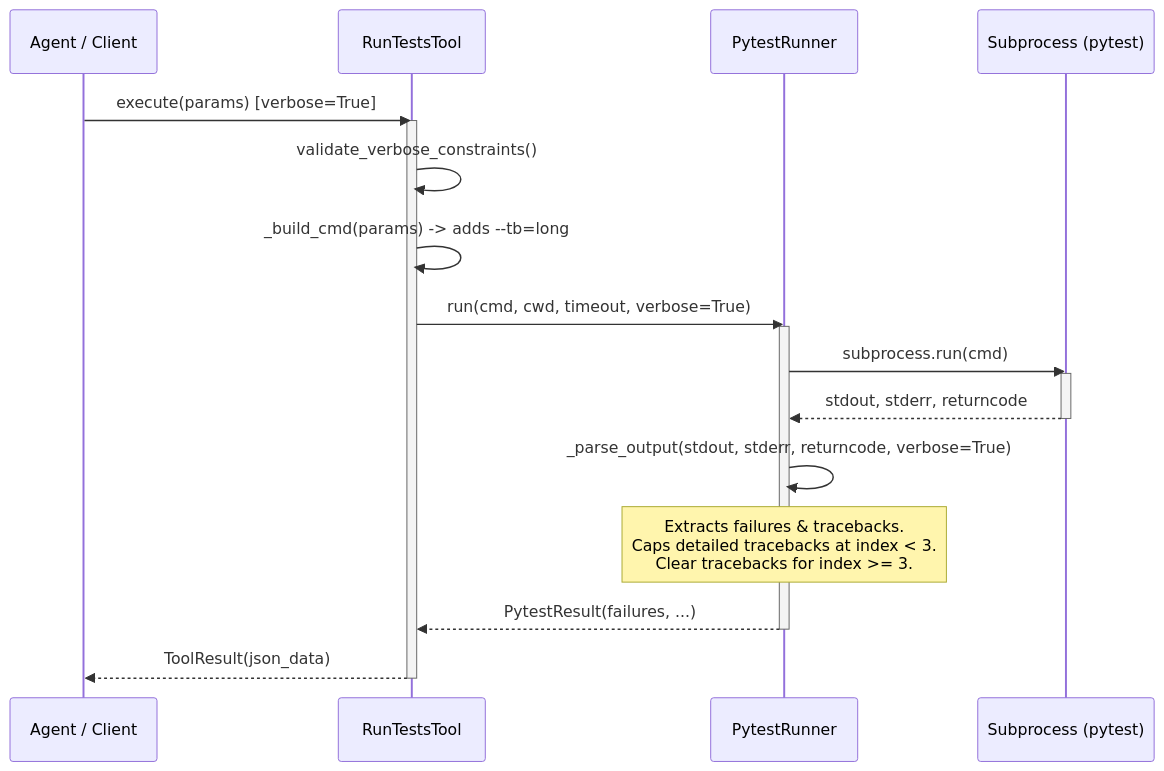
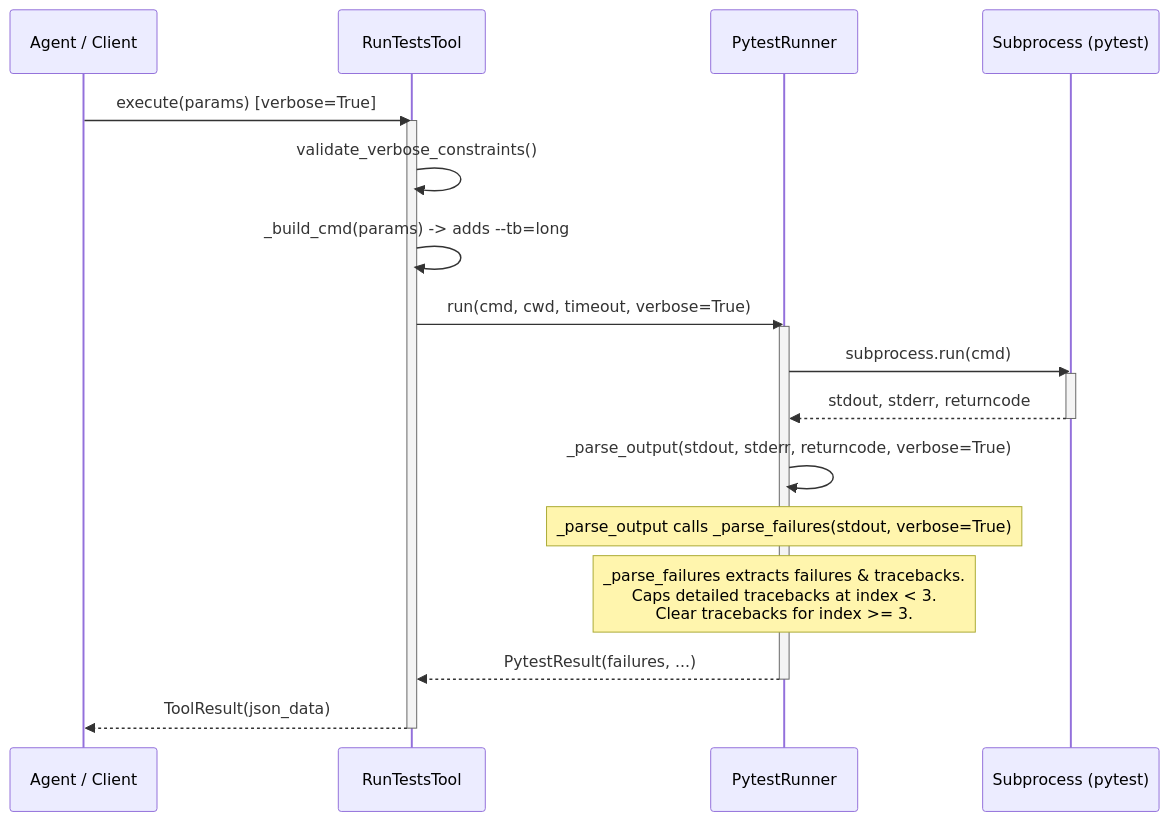
One commit to MikeyVK/phase-gate-mcp changed the first of 2 diagrams in docs/development/issue397/design.md. Above: the diagram before and after it, drawn with Mermaid. The commit also changed other lines of this file and 3 other files, not shown here.

````diff
--- a/docs/development/issue397/design.md
+++ b/docs/development/issue397/design.md
@@ -82,24 +82,25 @@
 ```mermaid
 sequenceDiagram
     participant Agent as Agent / Client
     participant Tool as RunTestsTool
     participant Runner as PytestRunner
     participant Proc as Subprocess (pytest)
 
     Agent->>Tool: execute(params) [verbose=True]
     activate Tool
     Tool->>Tool: validate_verbose_constraints()
     Tool->>Tool: _build_cmd(params) -> adds --tb=long
     Tool->>Runner: run(cmd, cwd, timeout, verbose=True)
     activate Runner
     Runner->>Proc: subprocess.run(cmd)
     activate Proc
     Proc-->>Runner: stdout, stderr, returncode
     deactivate Proc
     Runner->>Runner: _parse_output(stdout, stderr, returncode, verbose=True)
-    Note over Runner: Extracts failures & tracebacks.<br/>Caps detailed tracebacks at index < 3.<br/>Clear tracebacks for index >= 3.
+    Note over Runner: _parse_output calls _parse_failures(stdout, verbose=True)
+    Note over Runner: _parse_failures extracts failures & tracebacks.<br/>Caps detailed tracebacks at index < 3.<br/>Clear tracebacks for index >= 3.
     Runner-->>Tool: PytestResult(failures, ...)
     deactivate Runner
     Tool-->>Agent: ToolResult(json_data)
     deactivate Tool
 ```
````
